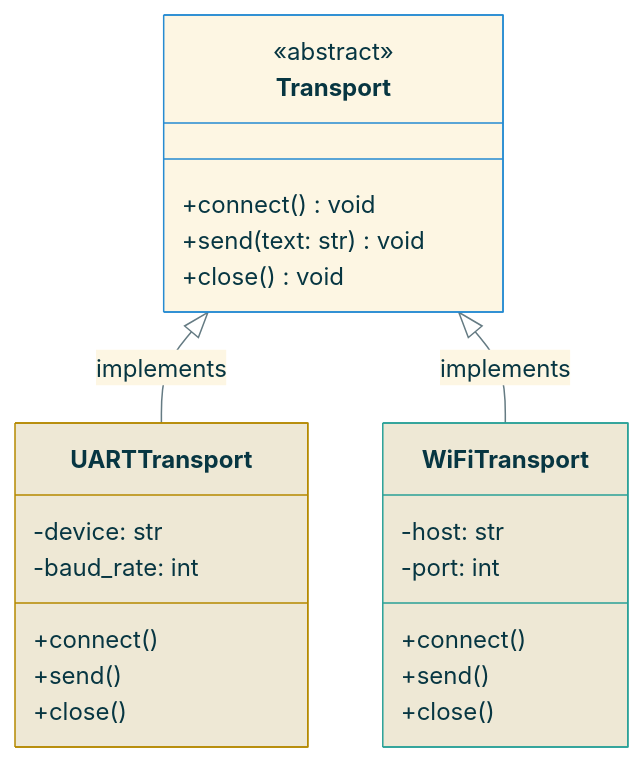
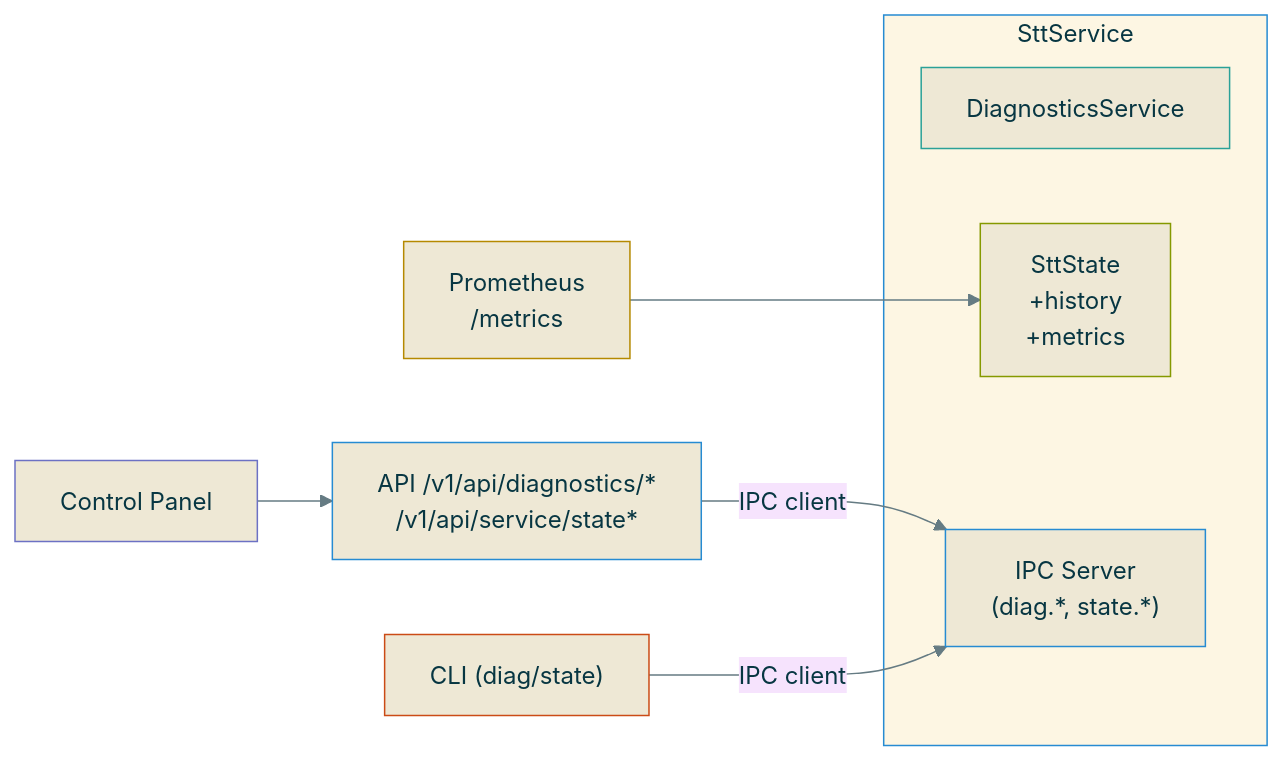
One commit to cprima-homelab/dictacode changed the fourth of 18 diagrams in docs/diagrams.md. Above: the diagram before and after it, drawn with Mermaid. The commit also changed other lines of this file and 3 other files, not shown here.

First line of the commit message:
Add architecture plans v0.3.10-v0.3.11 and code map tool

````diff
--- a/docs/diagrams.md
+++ b/docs/diagrams.md
@@ -102,31 +136,23 @@
 ```mermaid
 %%{init: {'theme': 'base', 'themeVariables': { 'primaryColor': '#fdf6e3', 'primaryTextColor': '#073642', 'primaryBorderColor': '#268bd2', 'lineColor': '#657b83'}}}%%
-classDiagram
-    class Transport {
-        <<abstract>>
-        +connect() void
-        +send(text: str) void
-        +close() void
-    }
-    class UARTTransport {
-        -device: str
-        -baud_rate: int
-        +connect()
-        +send()
-        +close()
-    }
-    class WiFiTransport {
-        -host: str
-        -port: int
-        +connect()
-        +send()
-        +close()
-    }
+flowchart LR
+    subgraph Service["SttService"]
+      DIAG["DiagnosticsService"]
+      STATE["SttState\n+history\n+metrics"]
+      IPC["IPC Server\n(diag.*, state.*)"]
+    end
 
-    Transport <|-- UARTTransport : implements
-    Transport <|-- WiFiTransport : implements
+    API["API /v1/api/diagnostics/*\n/v1/api/service/state*"] -->|IPC client| IPC
+    CLI["CLI (diag/state)"] -->|IPC client| IPC
+    CP["Control Panel"] --> API
+    MET["Prometheus\n/metrics"] --> STATE
 
-    style Transport fill:#fdf6e3,stroke:#268bd2,color:#073642
-    style UARTTransport fill:#eee8d5,stroke:#b58900,color:#073642
-    style WiFiTransport fill:#eee8d5,stroke:#2aa198,color:#073642
+    style Service fill:#fdf6e3,stroke:#268bd2,color:#073642
+    style DIAG fill:#eee8d5,stroke:#2aa198,color:#073642
+    style STATE fill:#eee8d5,stroke:#859900,color:#073642
+    style IPC fill:#eee8d5,stroke:#268bd2,color:#073642
+    style API fill:#eee8d5,stroke:#268bd2,color:#073642
+    style CLI fill:#eee8d5,stroke:#cb4b16,color:#073642
+    style CP fill:#eee8d5,stroke:#6c71c4,color:#073642
+    style MET fill:#eee8d5,stroke:#b58900,color:#073642
 ```
````
